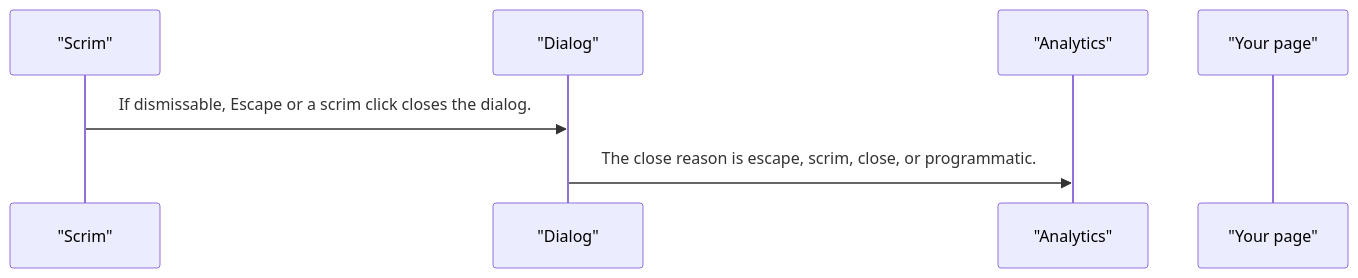
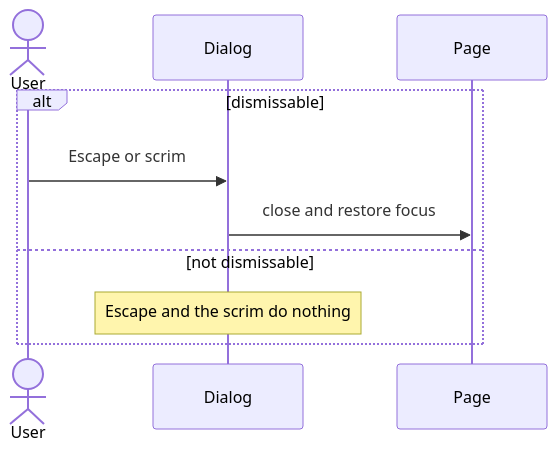
Before and after one commit to RajshekharBorate/pixel-ui: the third of 4 diagrams in projects/pixel-ui/src/lib/pixel-dialog/DESIGN.md, drawn with Mermaid. The commit also changed other lines of this file and 73 other files, not shown here.

Commit message:
Explain who owns each value and what each flow does in every component and service design.

````diff
--- a/projects/pixel-ui/src/lib/pixel-dialog/DESIGN.md
+++ b/projects/pixel-ui/src/lib/pixel-dialog/DESIGN.md
@@ -67,9 +85,12 @@
 ```mermaid
 sequenceDiagram
-  participant scrim as "Scrim"
-  participant dialog as "Dialog"
-  participant analytics as "Analytics"
-  participant page as "Your page"
-  scrim->>dialog: If dismissable, Escape or a scrim click closes the dialog.
-  dialog->>analytics: The close reason is escape, scrim, close, or programmatic.
+  actor User
+  participant Dialog
+  participant Page
+  alt dismissable
+    User->>Dialog: Escape or scrim
+    Dialog->>Page: close and restore focus
+  else not dismissable
+    Note over Dialog: Escape and the scrim do nothing
+  end
 ```
````
